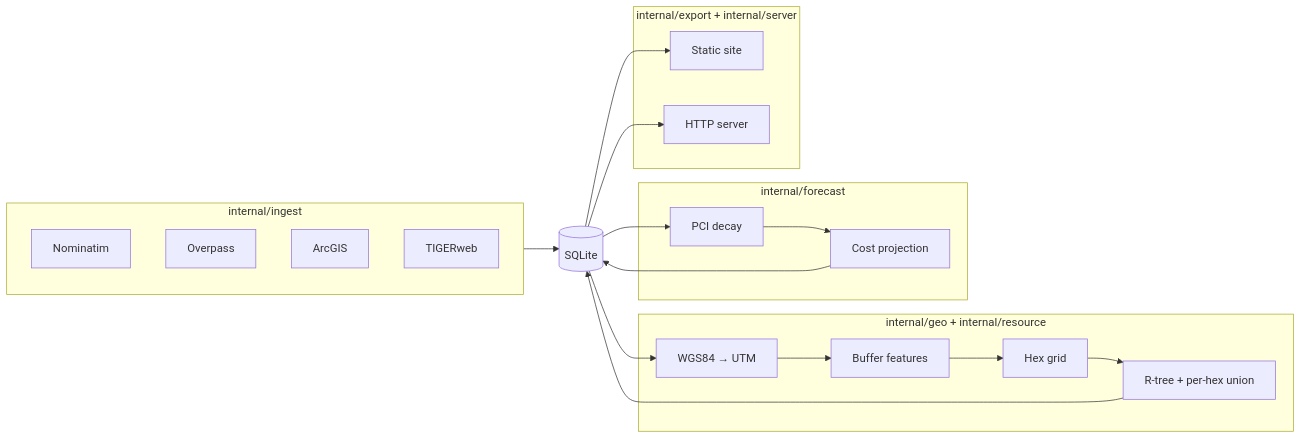
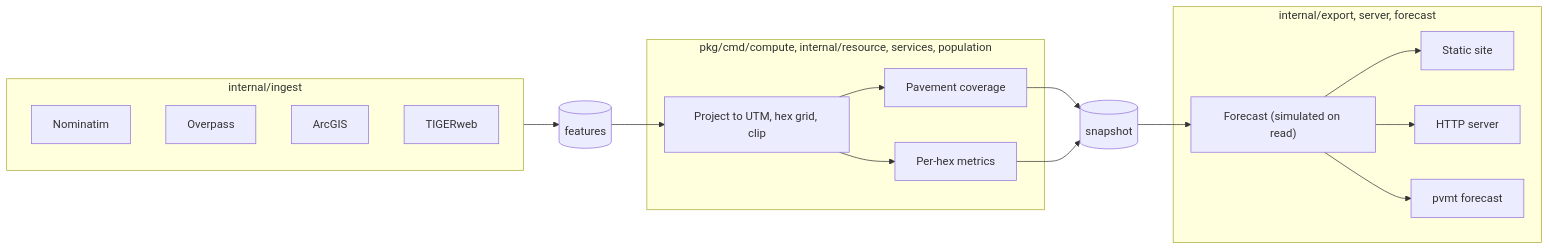
Before and after one commit to jcrussell/solvent-streets: the first of 3 diagrams in docs/architecture.md, drawn with Mermaid. The commit also changed other lines of this file and 3 other files, not shown here.

First line of the commit message:
docs: one home per topic across architecture, configuration and troubleshooting (solvent-streets-ern4.17)

````diff
--- a/docs/architecture.md
+++ b/docs/architecture.md
@@ -5,32 +14,27 @@
 ```mermaid
 flowchart LR
     subgraph Ingest ["internal/ingest"]
         Nominatim
         Overpass
         ArcGIS
         TIGERweb
     end
 
-    subgraph Compute ["internal/geo + internal/resource"]
-        Project["WGS84 → UTM"]
-        Buffer["Buffer features"]
-        HexGrid["Hex grid"]
-        RTree["R-tree + per-hex union"]
+    subgraph Compute ["pkg/cmd/compute, internal/resource, services, population"]
+        Grid["Project to UTM, hex grid, clip"]
+        Pavement["Pavement coverage"]
+        Metrics["Per-hex metrics"]
     end
 
-    subgraph Forecast ["internal/forecast"]
-        PCI["PCI decay"]
-        Cost["Cost projection"]
+    subgraph Read ["internal/export, server, forecast"]
+        Forecast["Forecast (simulated on read)"]
+        Export["Static site"]
+        Serve["HTTP server"]
+        CLI["pvmt forecast"]
     end
 
-    subgraph Output ["internal/export + internal/server"]
-        Export["Static site"]
-        Serve["HTTP server"]
-    end
-
-    Ingest --> DB[(SQLite)]
-    DB --> Project --> Buffer --> HexGrid --> RTree --> DB
-    DB --> PCI --> Cost --> DB
-    DB --> Export
-    DB --> Serve
+    Ingest --> Features[(features)]
+    Features --> Grid --> Pavement --> Snap[(snapshot)]
+    Grid --> Metrics --> Snap
+    Snap --> Forecast --> Export & Serve & CLI
 ```
````
